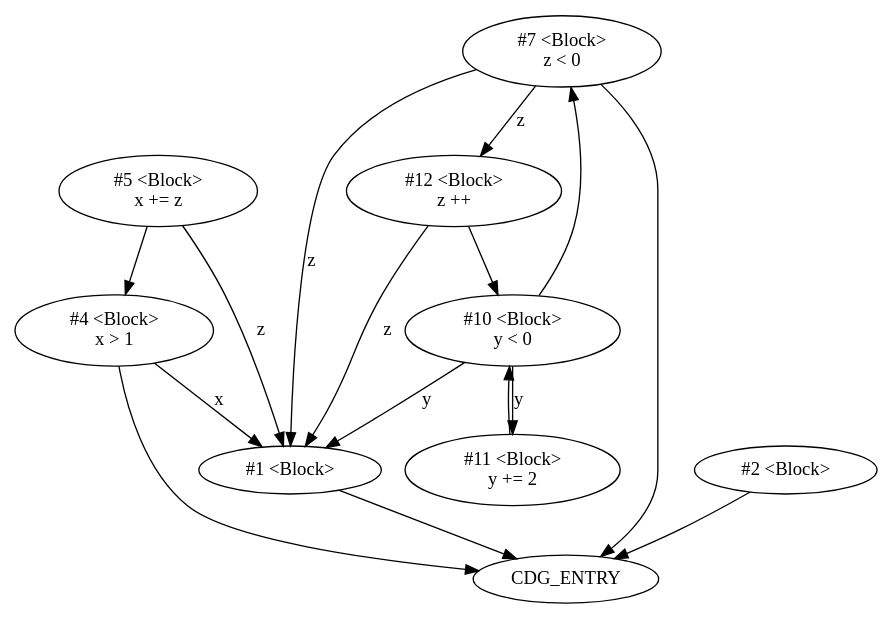
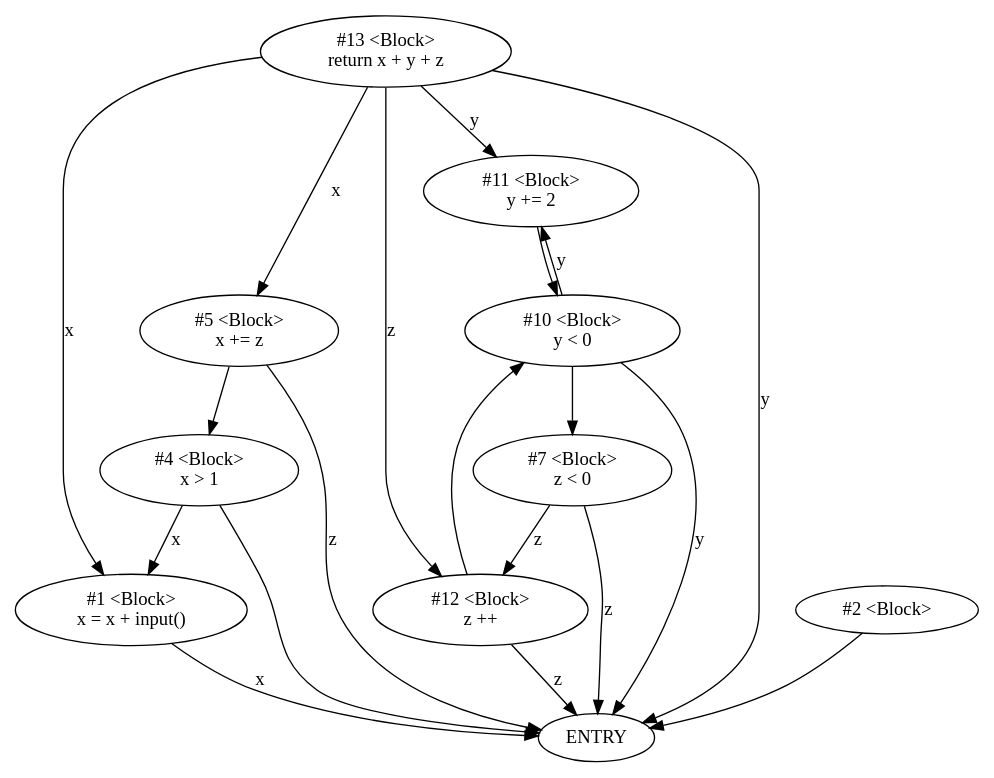
Before and after one commit to h-mole/MetronomeStatic: the diagram in examples/code-property-graph/pdg.dot, drawn with Graphviz. The commit also changed 56 other files, not shown here.

```diff
--- a/examples/code-property-graph/pdg.dot
+++ b/examples/code-property-graph/pdg.dot
@@ -1,26 +1,39 @@
 strict digraph  {
-1 [label="#1 &lt;Block&gt;\n"];
-4 [label="#4 &lt;Block&gt;\nx > 1"];
-5 [label="#5 &lt;Block&gt;\nx += z"];
-7 [label="#7 &lt;Block&gt;\nz < 0"];
-10 [label="#10 &lt;Block&gt;\ny < 0"];
+1 [label="#1 &lt;Block&gt;
+x = x + input()"];
+4 [label="#4 &lt;Block&gt;
+x &gt; 1"];
+5 [label="#5 &lt;Block&gt;
+x += z"];
+7 [label="#7 &lt;Block&gt;
+z &lt; 0"];
+10 [label="#10 &lt;Block&gt;
+y &lt; 0"];
+13 [label="#13 &lt;Block&gt;
+return x + y + z"];
+11 [label="#11 &lt;Block&gt;
+y += 2"];
+12 [label="#12 &lt;Block&gt;
+z ++"];
 2 [label="#2 &lt;Block&gt;\n"];
-11 [label="#11 &lt;Block&gt;\ny += 2"];
-12 [label="#12 &lt;Block&gt;\nz ++"];
-CDG_ENTRY;
-1 -> CDG_ENTRY;
-4 -> CDG_ENTRY;
+ENTRY;
+1 -> ENTRY  [label=x];
+4 -> ENTRY;
 4 -> 1  [label=x];
 5 -> 4;
-5 -> 1  [label=z];
-7 -> CDG_ENTRY;
-7 -> 1  [label=z];
+5 -> ENTRY  [label=z];
+7 -> ENTRY  [label=z];
 7 -> 12  [label=z];
 10 -> 7;
-10 -> 1  [label=y];
 10 -> 11  [label=y];
-2 -> CDG_ENTRY;
+10 -> ENTRY  [label=y];
+13 -> ENTRY  [label=y];
+13 -> 1  [label=x];
+13 -> 5  [label=x];
+13 -> 12  [label=z];
+13 -> 11  [label=y];
 11 -> 10;
 12 -> 10;
-12 -> 1  [label=z];
+12 -> ENTRY  [label=z];
+2 -> ENTRY;
 }
```
